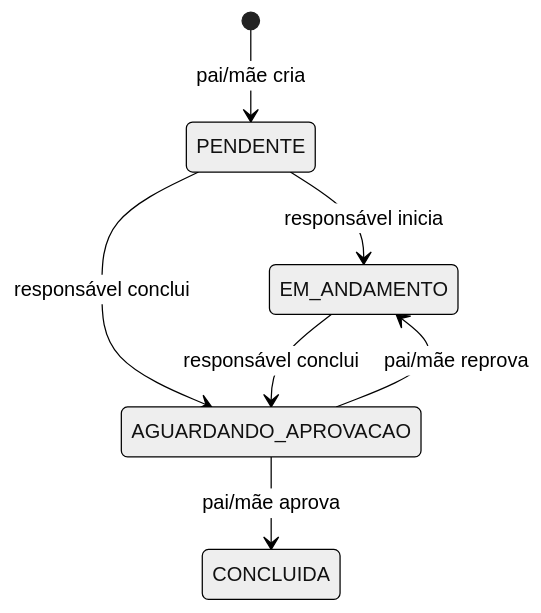
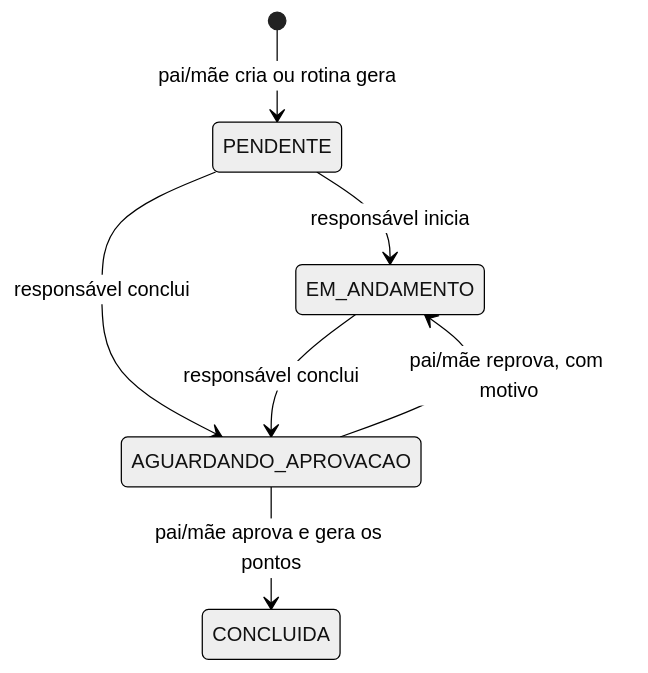
Before and after one commit to Bifaniii/mobile-house-task-manager-java: the second of 2 diagrams in README.md, drawn with Mermaid (neutral theme). The commit also changed other lines of this file and 4 other files, not shown here.

````diff
--- a/README.md
+++ b/README.md
@@ -28,9 +38,9 @@
 ```mermaid
 stateDiagram-v2
-    [*] --> PENDENTE: pai/mãe cria
+    [*] --> PENDENTE: pai/mãe cria ou rotina gera
     PENDENTE --> EM_ANDAMENTO: responsável inicia
     PENDENTE --> AGUARDANDO_APROVACAO: responsável conclui
     EM_ANDAMENTO --> AGUARDANDO_APROVACAO: responsável conclui
-    AGUARDANDO_APROVACAO --> CONCLUIDA: pai/mãe aprova
-    AGUARDANDO_APROVACAO --> EM_ANDAMENTO: pai/mãe reprova
+    AGUARDANDO_APROVACAO --> CONCLUIDA: pai/mãe aprova e gera os pontos
+    AGUARDANDO_APROVACAO --> EM_ANDAMENTO: pai/mãe reprova, com motivo
 ```
````
